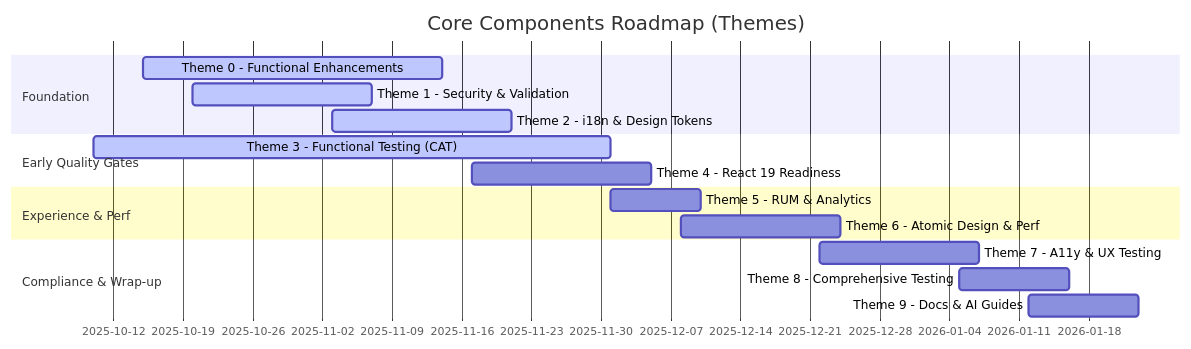
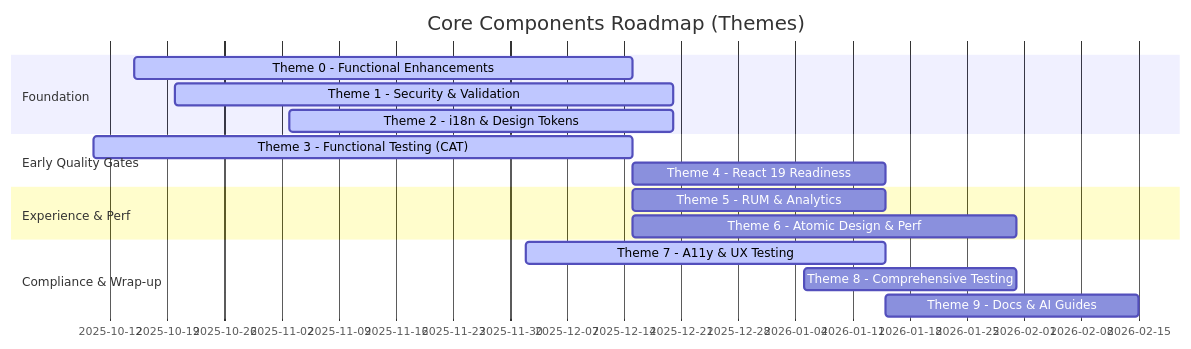
Before and after one commit to jpmorgan-payments/embedded-finance: the diagram in embedded-components/src/core/DEVELOPMENT_ROADMAP.md, drawn with Mermaid. The commit also changed other lines of this file and 168 other files, not shown here.

````diff
--- a/embedded-components/src/core/DEVELOPMENT_ROADMAP.md
+++ b/embedded-components/src/core/DEVELOPMENT_ROADMAP.md
@@ -20,23 +28,23 @@
 ```mermaid
 gantt
     title Core Components Roadmap (Themes)
     dateFormat  YYYY-MM-DD
 
     section Foundation
-    Theme 0 - Functional Enhancements    :active, t0, 2025-10-15, 2025-11-14
-    Theme 1 - Security & Validation      :active, t1, 2025-10-20, 2025-11-07
-    Theme 2 - i18n & Design Tokens       :active, t2, 2025-11-03, 2025-11-21
+    Theme 0 - Functional Enhancements    :active, t0, 2025-10-15, 2025-12-15
+    Theme 1 - Security & Validation      :active, t1, 2025-10-20, 2025-12-20
+    Theme 2 - i18n & Design Tokens       :active, t2, 2025-11-03, 2025-12-20
 
     section Early Quality Gates
-    Theme 3 - Functional Testing (CAT)   :active, t3, 2025-10-10, 2025-12-01
-    Theme 4 - React 19 Readiness         :t4, 2025-11-17, 2025-12-05
+    Theme 3 - Functional Testing (CAT)   :active, t3, 2025-10-10, 2025-12-15
+    Theme 4 - React 19 Readiness         :t4, 2025-12-15, 2026-01-15
 
     section Experience & Perf
-    Theme 5 - RUM & Analytics            :t5, 2025-12-01, 2025-12-10
-    Theme 6 - Atomic Design & Perf       :t6, 2025-12-08, 2025-12-24
+    Theme 5 - RUM & Analytics            :t5, 2025-12-15, 2026-01-15
+    Theme 6 - Atomic Design & Perf       :t6, 2025-12-15, 2026-01-31
 
     section Compliance & Wrap-up
-    Theme 7 - A11y & UX Testing          :t7, 2025-12-22, 2026-01-07
-    Theme 8 - Comprehensive Testing      :t8, 2026-01-05, 2026-01-16
-    Theme 9 - Docs & AI Guides           :t9, 2026-01-12, 2026-01-23
+    Theme 7 - A11y & UX Testing          :active, t7, 2025-12-02, 2026-01-15
+    Theme 8 - Comprehensive Testing      :t8, 2026-01-05, 2026-01-31
+    Theme 9 - Docs & AI Guides           :t9, 2026-01-15, 2026-02-15
 ```
````
